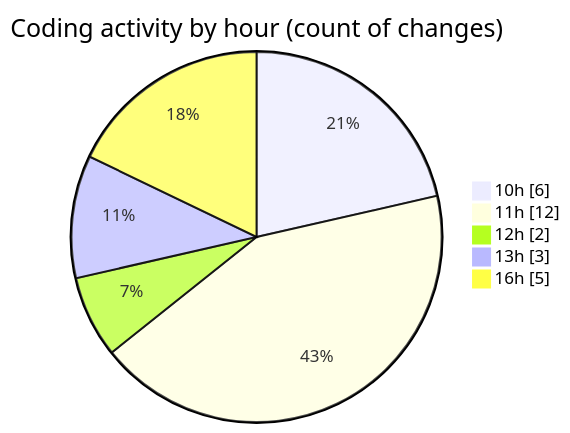
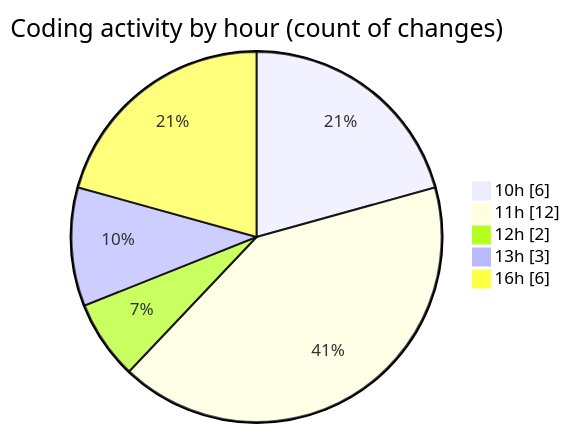
The second of 2 diagrams in 2026-06-25/nxtqube_webapp/README.md (nxtqubesakshisongat/code-tracking), drawn with Mermaid before and after one commit. The commit also changed other lines of this file and 1 other file, not shown here.

````diff
--- a/2026-06-25/nxtqube_webapp/README.md
+++ b/2026-06-25/nxtqube_webapp/README.md
@@ -29,9 +30,9 @@
 ```mermaid
 pie showData
 title Coding activity by hour (count of changes)
 "10h" : 6
 "11h" : 12
 "12h" : 2
 "13h" : 3
-"16h" : 5
+"16h" : 6
 ```
````
